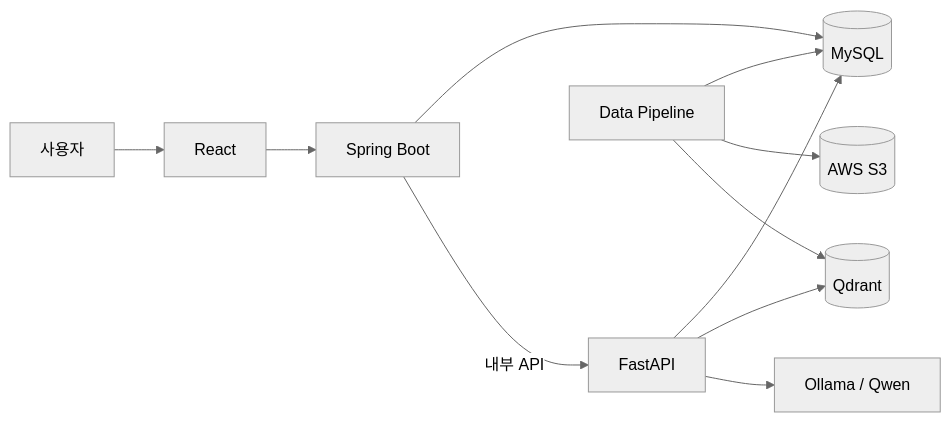
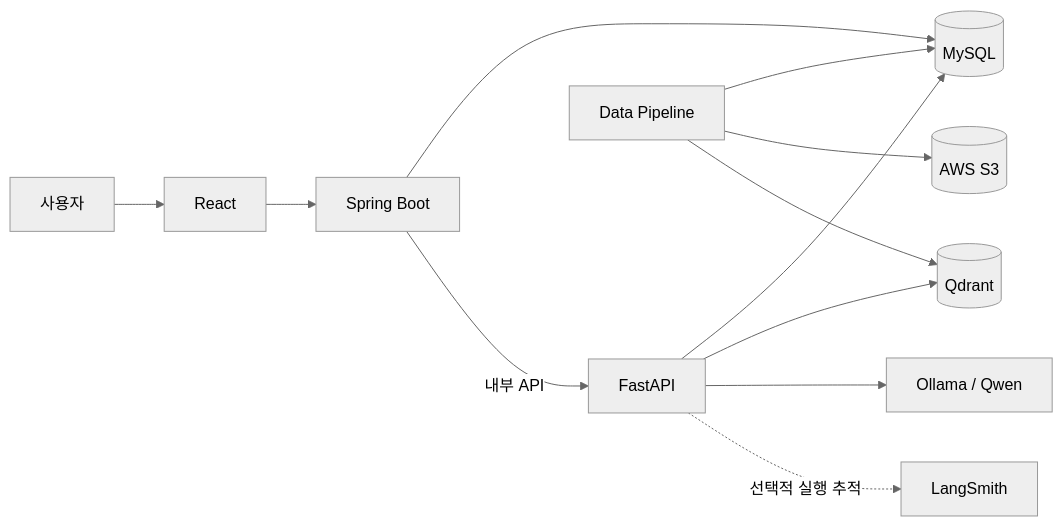
One commit to Nagiltae/biz-aid-ai changed the diagram in README.md. Above: the diagram before and after it, drawn with Mermaid (neutral theme). The commit also changed other lines of this file and 22 other files, not shown here.

````diff
--- a/README.md
+++ b/README.md
@@ -29,13 +28,14 @@
 ```mermaid
 flowchart LR
     U[사용자] --> R[React]
     R --> S[Spring Boot]
     S --> M[(MySQL)]
     S -->|내부 API| F[FastAPI]
     F --> M
     F --> Q[(Qdrant)]
     F --> L[Ollama / Qwen]
+    F -.선택적 실행 추적.-> LS[LangSmith]
     P[Data Pipeline] --> M
     P --> A[(AWS S3)]
     P --> Q
 ```
````
